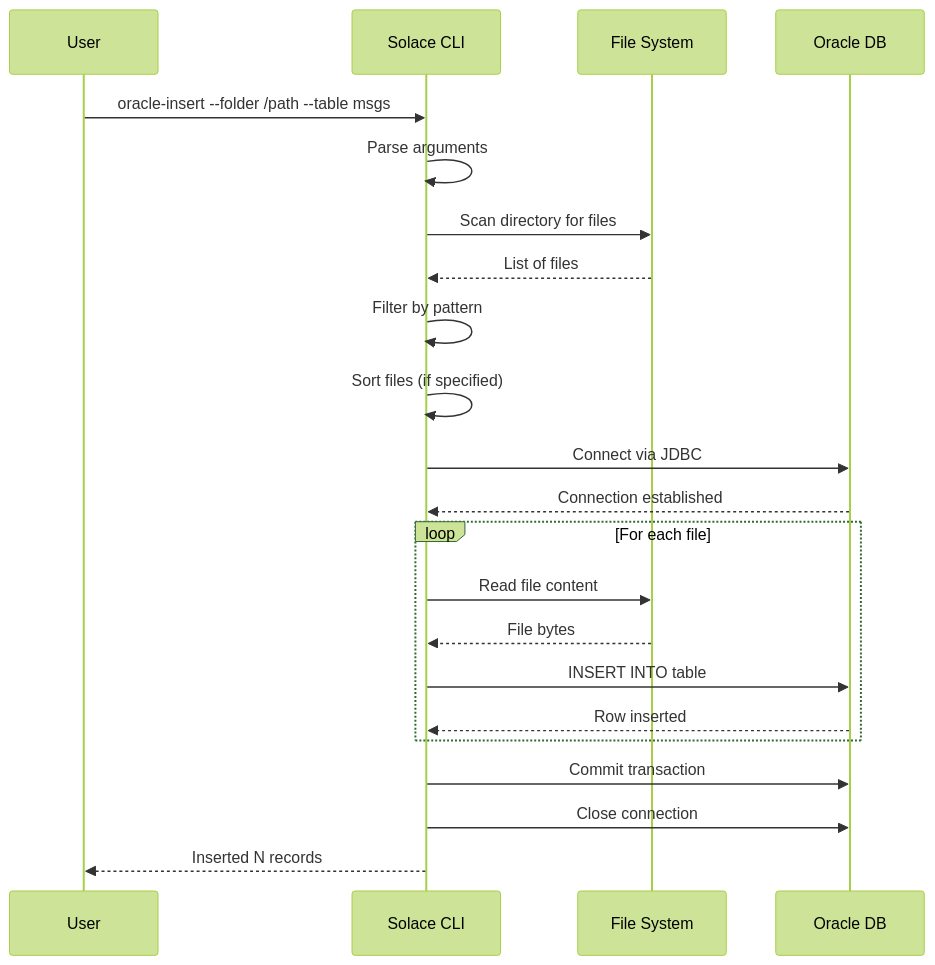
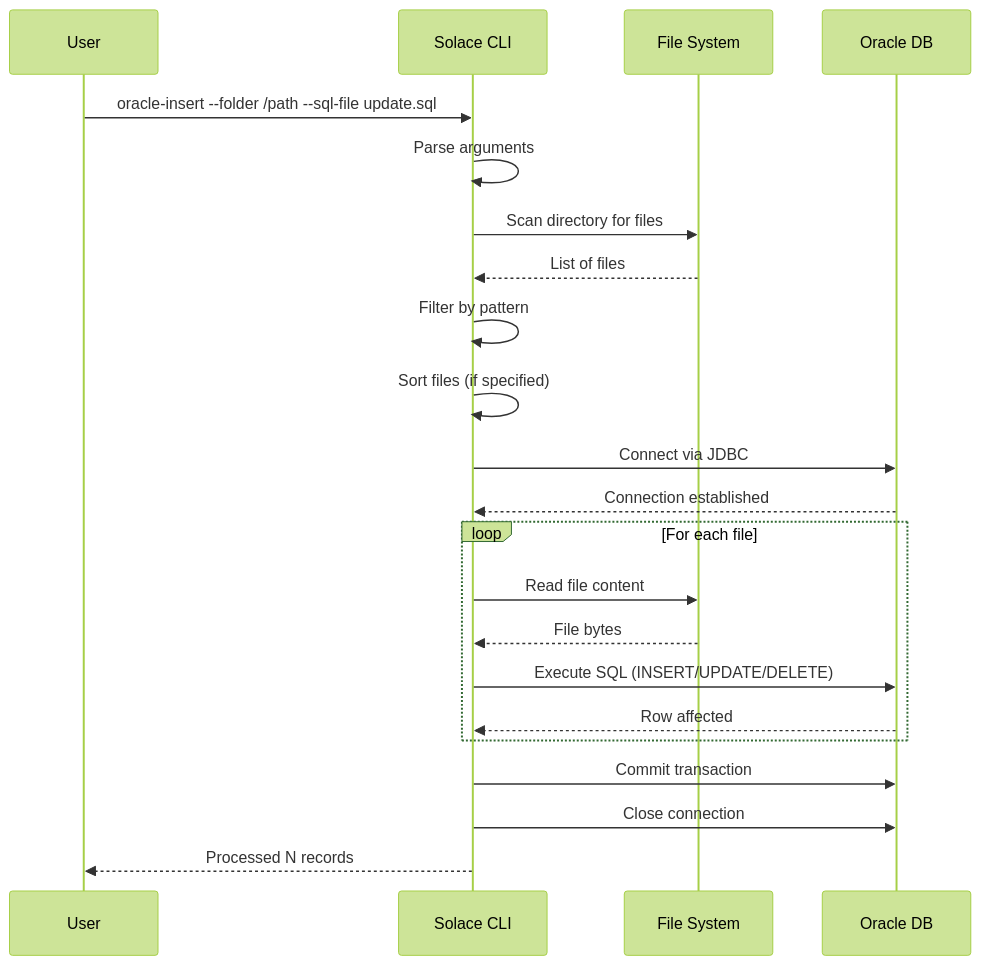
One commit to OptimalMatch/reference-java-commandline-oracle-solace changed the seventh of 18 diagrams in README.md. Above: the diagram before and after it, drawn with Mermaid (forest theme). The commit also changed other lines of this file and 1 other file, not shown here.

First line of the commit message:
Document cron-based consumer and Oracle insert/update SQL file support

````diff
--- a/README.md
+++ b/README.md
@@ -189,27 +189,27 @@
 ```mermaid
 sequenceDiagram
     participant User
     participant CLI as Solace CLI
     participant FS as File System
     participant Oracle as Oracle DB
 
-    User->>CLI: oracle-insert --folder /path --table msgs
+    User->>CLI: oracle-insert --folder /path --sql-file update.sql
     CLI->>CLI: Parse arguments
     CLI->>FS: Scan directory for files
     FS-->>CLI: List of files
     CLI->>CLI: Filter by pattern
     CLI->>CLI: Sort files (if specified)
     CLI->>Oracle: Connect via JDBC
     Oracle-->>CLI: Connection established
 
     loop For each file
         CLI->>FS: Read file content
         FS-->>CLI: File bytes
-        CLI->>Oracle: INSERT INTO table
-        Oracle-->>CLI: Row inserted
+        CLI->>Oracle: Execute SQL (INSERT/UPDATE/DELETE)
+        Oracle-->>CLI: Row affected
     end
 
     CLI->>Oracle: Commit transaction
     CLI->>Oracle: Close connection
-    CLI-->>User: Inserted N records
+    CLI-->>User: Processed N records
 ```
````
